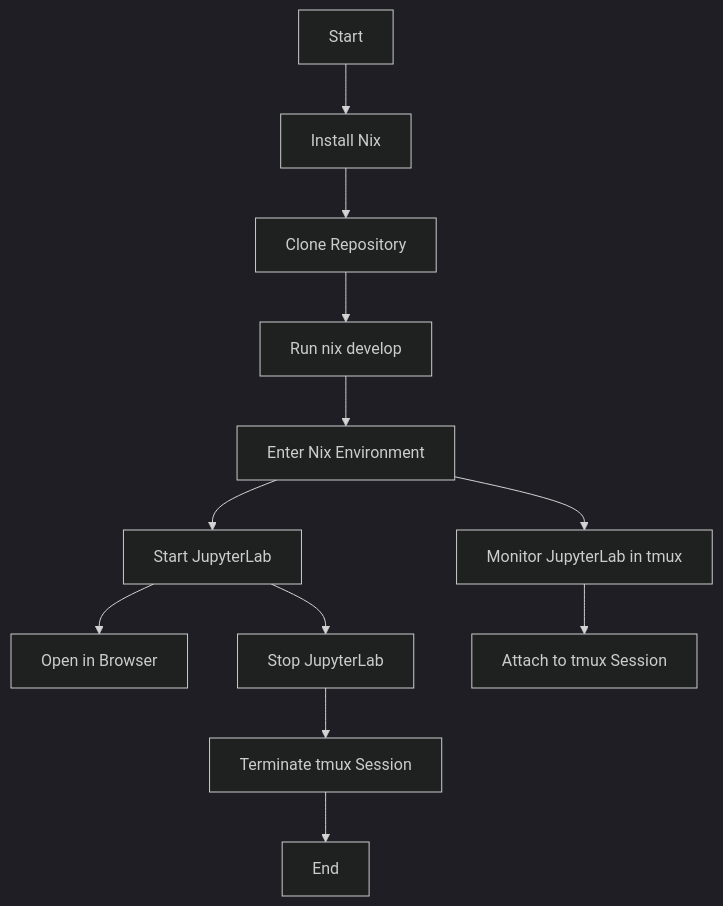
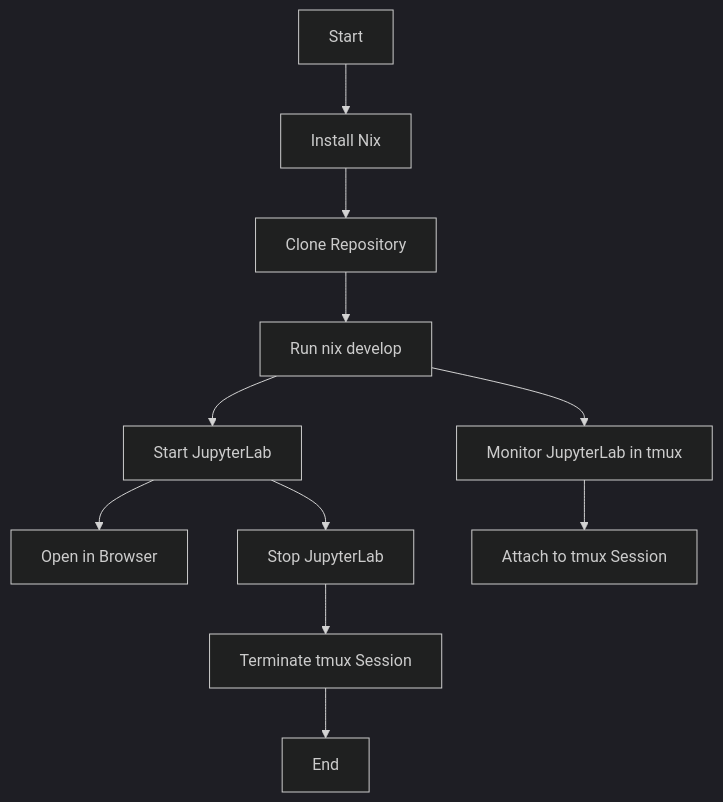
Before and after one commit to miklevin/darwinix: the diagram in README.md, drawn with Mermaid (dark theme).

Commit message:
Simpler diagram

````diff
--- a/README.md
+++ b/README.md
@@ -150,14 +150,13 @@
 ```mermaid
 graph TD;
     A[Start] --> B[Install Nix];
     B --> C[Clone Repository];
     C --> D[Run nix develop];
-    D --> E[Enter Nix Environment];
-    E --> F[Start JupyterLab];
+    D --> F[Start JupyterLab];
     F --> G[Open in Browser];
-    E --> H[Monitor JupyterLab in tmux];
+    D --> H[Monitor JupyterLab in tmux];
     H --> I[Attach to tmux Session];
     F --> J[Stop JupyterLab];
     J --> K[Terminate tmux Session];
     K --> L[End];
 ```
````
